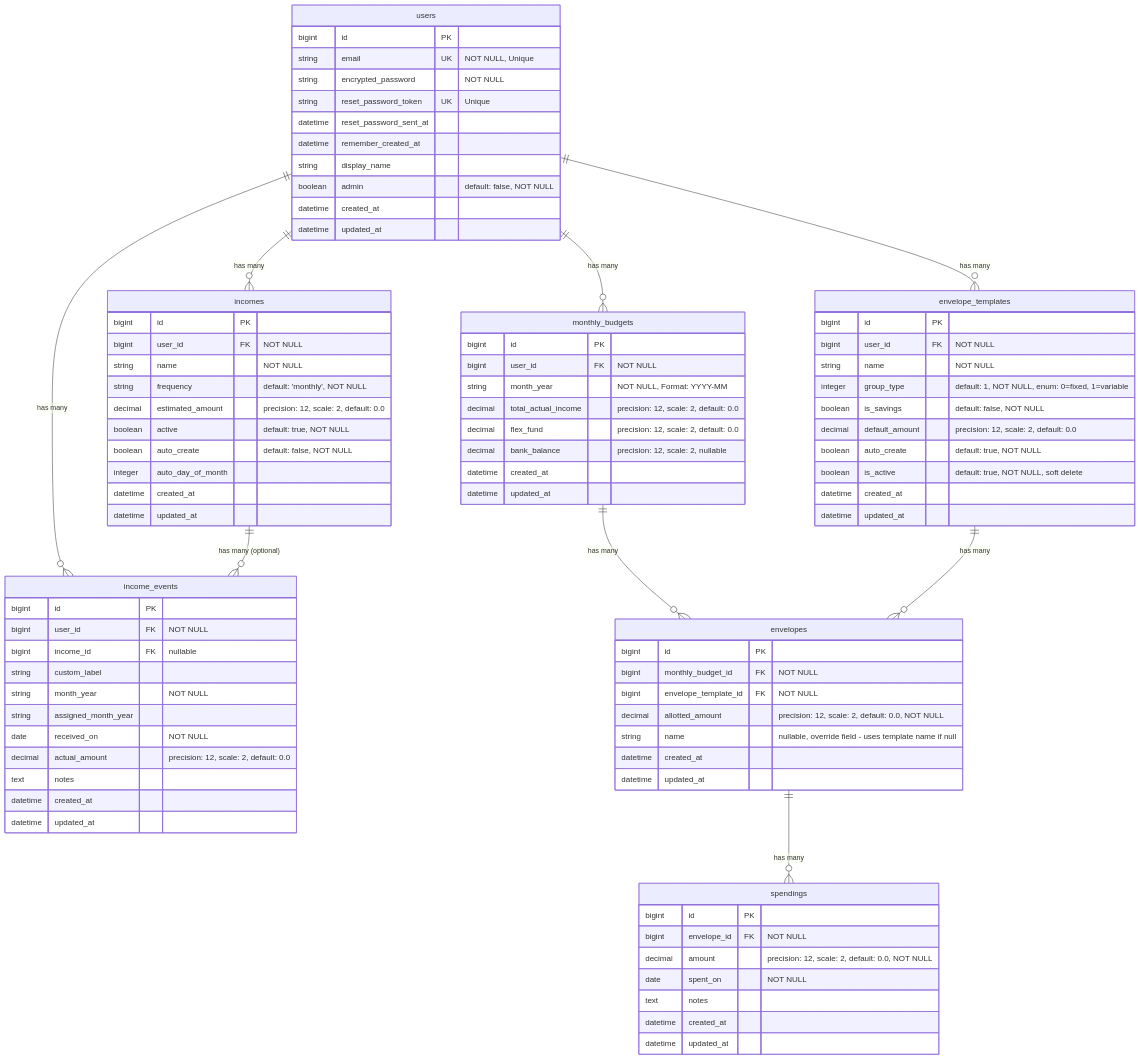
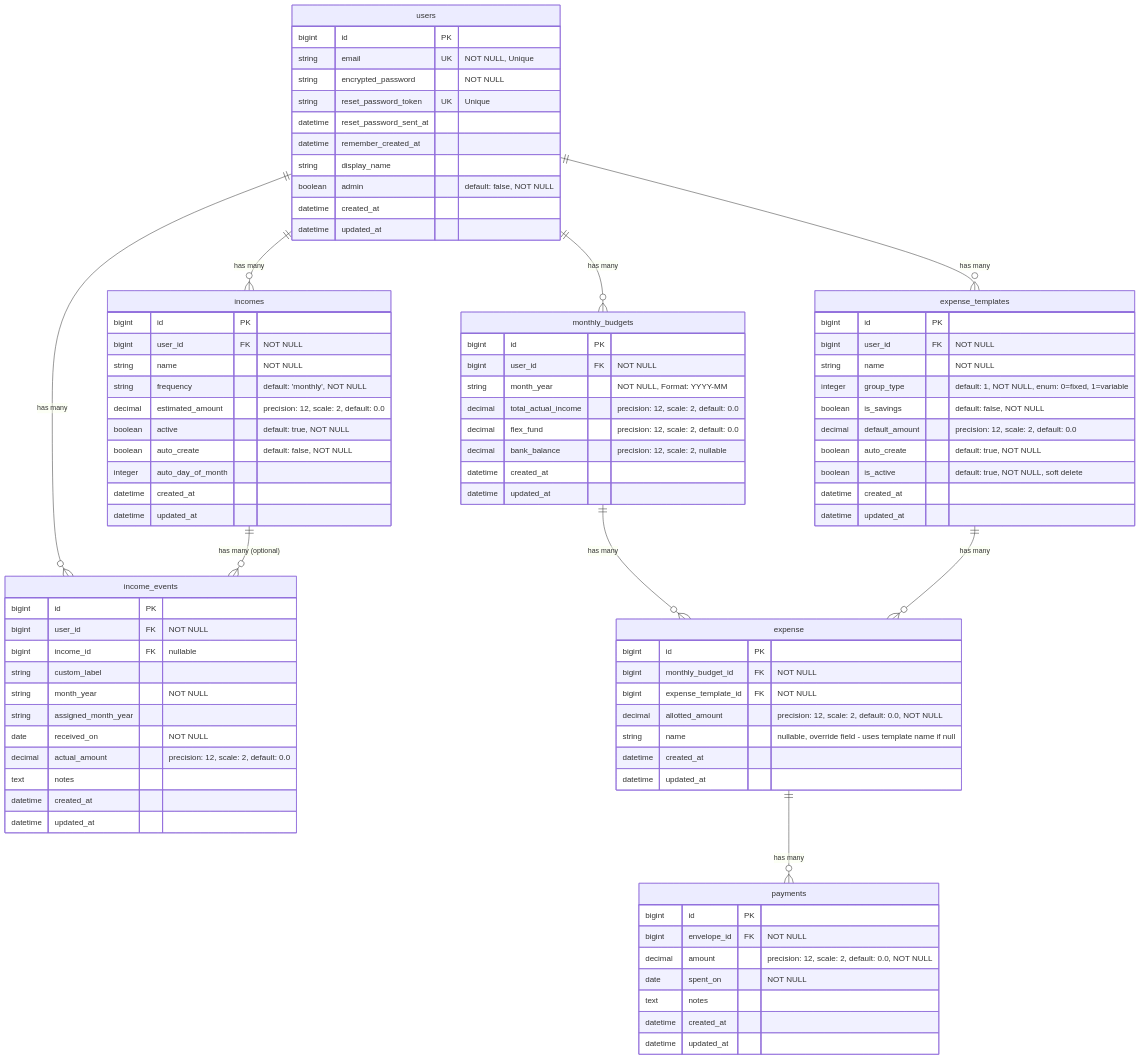
One commit to hedleydonna/coincritters changed the diagram in docs/other/er_diagram.md. Above: the diagram before and after it, drawn with Mermaid. The commit also changed other lines of this file and 89 other files, not shown here.

````diff
--- a/docs/other/er_diagram.md
+++ b/docs/other/er_diagram.md
@@ -57,7 +57,7 @@
         datetime updated_at
     }
 
-    envelope_templates {
+    expense_templates {
         bigint id PK
         bigint user_id FK "NOT NULL"
         string name "NOT NULL"
@@ -70,17 +70,17 @@
         datetime updated_at
     }
 
-    envelopes {
+    expense {
         bigint id PK
         bigint monthly_budget_id FK "NOT NULL"
-        bigint envelope_template_id FK "NOT NULL"
+        bigint expense_template_id FK "NOT NULL"
         decimal allotted_amount "precision: 12, scale: 2, default: 0.0, NOT NULL"
         string name "nullable, override field - uses template name if null"
         datetime created_at
         datetime updated_at
     }
 
-    spendings {
+    payments {
         bigint id PK
         bigint envelope_id FK "NOT NULL"
         decimal amount "precision: 12, scale: 2, default: 0.0, NOT NULL"
@@ -94,13 +94,13 @@
     users ||--o{ incomes : "has many"
     users ||--o{ income_events : "has many"
     users ||--o{ monthly_budgets : "has many"
-    users ||--o{ envelope_templates : "has many"
+    users ||--o{ expense_templates : "has many"
 
     incomes ||--o{ income_events : "has many (optional)"
     
-    monthly_budgets ||--o{ envelopes : "has many"
+    monthly_budgets ||--o{ expense : "has many"
     
-    envelope_templates ||--o{ envelopes : "has many"
+    expense_templates ||--o{ expense : "has many"
     
-    envelopes ||--o{ spendings : "has many"
+    expense ||--o{ payments : "has many"
 ```
````
